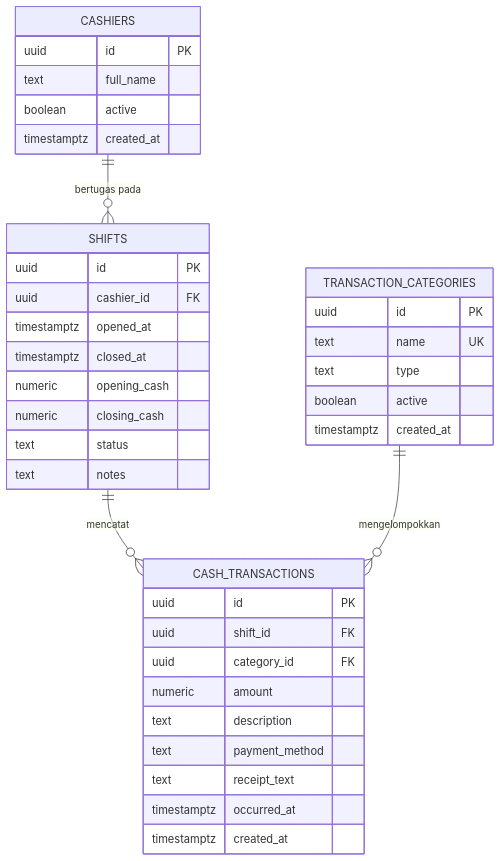
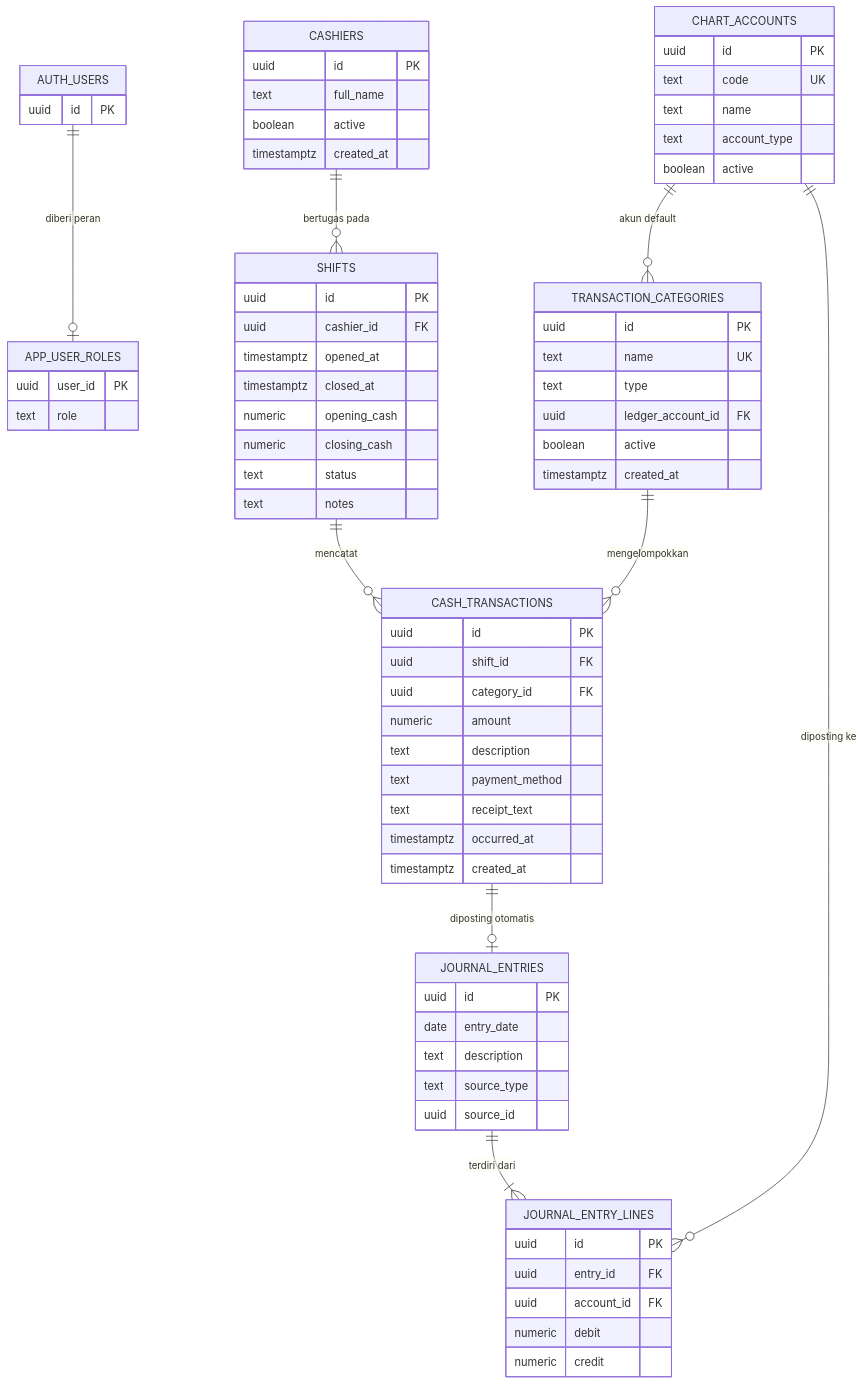
One commit to ebessebastian2018-web/gas-station-cash-app changed the diagram in README.md. Above: the diagram before and after it, drawn with Mermaid. The commit also changed other lines of this file and 4 other files, not shown here.

````diff
--- a/README.md
+++ b/README.md
@@ -66,8 +78,22 @@
 ```mermaid
 erDiagram
+    AUTH_USERS ||--o| APP_USER_ROLES : "diberi peran"
     CASHIERS ||--o{ SHIFTS : "bertugas pada"
     SHIFTS ||--o{ CASH_TRANSACTIONS : "mencatat"
     TRANSACTION_CATEGORIES ||--o{ CASH_TRANSACTIONS : "mengelompokkan"
+    CHART_ACCOUNTS ||--o{ TRANSACTION_CATEGORIES : "akun default"
+    CHART_ACCOUNTS ||--o{ JOURNAL_ENTRY_LINES : "diposting ke"
+    JOURNAL_ENTRIES ||--|{ JOURNAL_ENTRY_LINES : "terdiri dari"
+    CASH_TRANSACTIONS ||--o| JOURNAL_ENTRIES : "diposting otomatis"
+
+    AUTH_USERS {
+        uuid id PK
+    }
+
+    APP_USER_ROLES {
+        uuid user_id PK
+        text role
+    }
 
     CASHIERS {
         uuid id PK
@@ -91,6 +117,7 @@
         uuid id PK
         text name UK
         text type
+        uuid ledger_account_id FK
         boolean active
         timestamptz created_at
     }
@@ -106,4 +133,28 @@
         timestamptz occurred_at
         timestamptz created_at
     }
+
+    CHART_ACCOUNTS {
+        uuid id PK
+        text code UK
+        text name
+        text account_type
+        boolean active
+    }
+
+    JOURNAL_ENTRIES {
+        uuid id PK
+        date entry_date
+        text description
+        text source_type
+        uuid source_id
+    }
+
+    JOURNAL_ENTRY_LINES {
+        uuid id PK
+        uuid entry_id FK
+        uuid account_id FK
+        numeric debit
+        numeric credit
+    }
 ```
````
